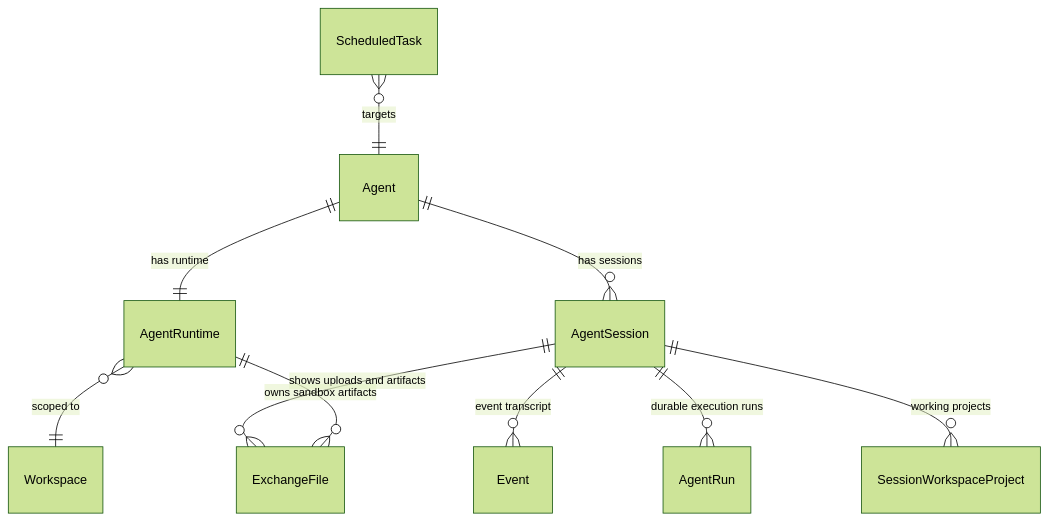
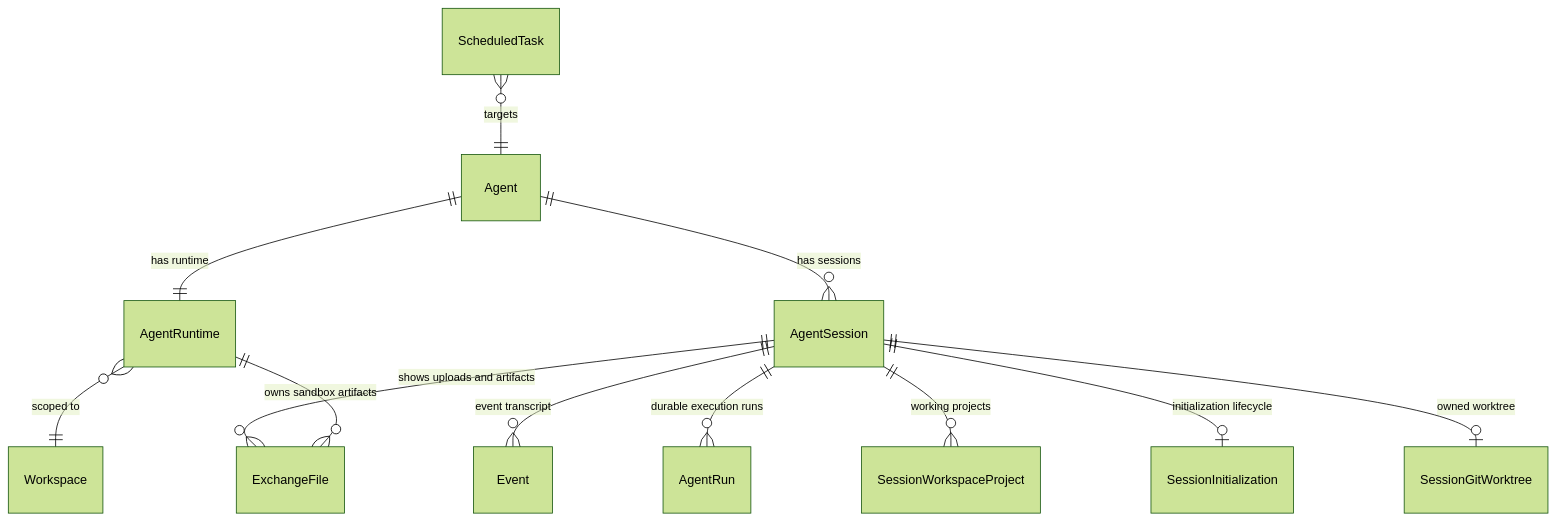
One commit to azents/azents changed the diagram in docs/azents/spec/domain/conversation.md. Above: the diagram before and after it, drawn with Mermaid (forest theme). The commit also changed other lines of this file and 7 other files, not shown here.

Commit message:
docs: promote session worktree initialization specs

````diff
--- a/docs/azents/spec/domain/conversation.md
+++ b/docs/azents/spec/domain/conversation.md
@@ -95,12 +104,14 @@
 ```mermaid
 erDiagram
     Agent ||--|| AgentRuntime : "has runtime"
     Agent ||--o{ AgentSession : "has sessions"
     AgentRuntime }o--|| Workspace : "scoped to"
     AgentSession ||--o{ Event : "event transcript"
     AgentSession ||--o{ AgentRun : "durable execution runs"
     AgentSession ||--o{ ExchangeFile : "shows uploads and artifacts"
     AgentSession ||--o{ SessionWorkspaceProject : "working projects"
+    AgentSession ||--o| SessionInitialization : "initialization lifecycle"
+    AgentSession ||--o| SessionGitWorktree : "owned worktree"
     AgentRuntime ||--o{ ExchangeFile : "owns sandbox artifacts"
     ScheduledTask }o--|| Agent : "targets"
 ```
````
